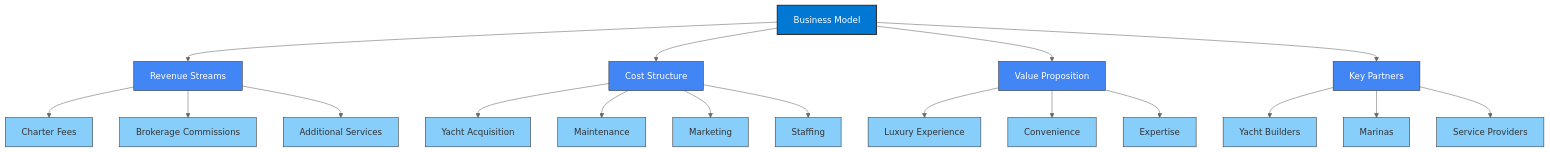
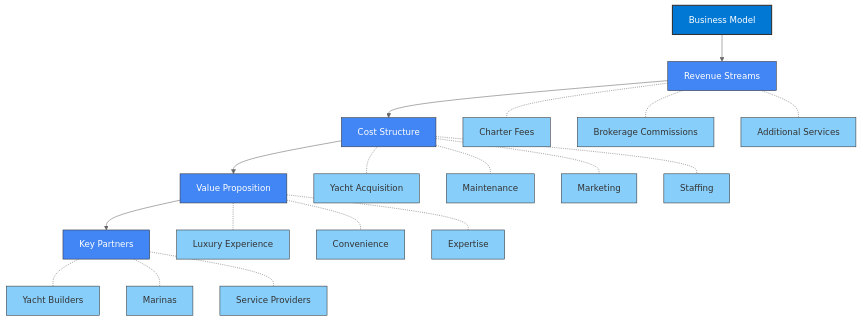
Before and after one commit to szemkoff/azurecharters: the second of 3 diagrams in docs/framework-overview.md, drawn with Mermaid. The commit also changed other lines of this file and 2 other files, not shown here.

Commit message:
Force completely vertical layout with linear parent-child structure and side connections

````diff
--- a/docs/framework-overview.md
+++ b/docs/framework-overview.md
@@ -62,35 +70,42 @@
 ```mermaid
 %%{init: {'securityLevel': 'loose', 'theme': 'neutral'}}%%
 graph TD
-    A[Business Model] --> B[Revenue Streams]
-    A --> C[Cost Structure]
-    A --> D[Value Proposition]
-    A --> E[Key Partners]
+    A[Business Model]
     
-    B --> B1[Charter Fees]
-    B --> B2[Brokerage Commissions]
-    B --> B3[Additional Services]
+    %% Force vertical layout
+    A --> B[Revenue Streams]
+    B --> C[Cost Structure]
+    C --> D[Value Proposition]
+    D --> E[Key Partners]
     
-    C --> C1[Yacht Acquisition]
-    C --> C2[Maintenance]
-    C --> C3[Marketing]
-    C --> C4[Staffing]
+    %% Revenue Streams details
+    B -.- B1[Charter Fees]
+    B -.- B2[Brokerage Commissions]
+    B -.- B3[Additional Services]
     
-    D --> D1[Luxury Experience]
-    D --> D2[Convenience]
-    D --> D3[Expertise]
+    %% Cost Structure details
+    C -.- C1[Yacht Acquisition]
+    C -.- C2[Maintenance]
+    C -.- C3[Marketing]
+    C -.- C4[Staffing]
     
-    E --> E1[Yacht Builders]
-    E --> E2[Marinas]
-    E --> E3[Service Providers]
+    %% Value Proposition details
+    D -.- D1[Luxury Experience]
+    D -.- D2[Convenience]
+    D -.- D3[Expertise]
+    
+    %% Key Partners details
+    E -.- E1[Yacht Builders]
+    E -.- E2[Marinas]
+    E -.- E3[Service Providers]
     
     %% Styling
     classDef mainNode fill:#0078D4,color:#ffffff,stroke:#333,stroke-width:2px;
     classDef componentNode fill:#4285F4,color:#ffffff,stroke:#333,stroke-width:1px;
     classDef detailNode fill:#87CEFA,color:#333,stroke:#333,stroke-width:1px;
     
     %% Apply styles
     class A mainNode;
     class B,C,D,E componentNode;
     class B1,B2,B3,C1,C2,C3,C4,D1,D2,D3,E1,E2,E3 detailNode;
 ```
````
